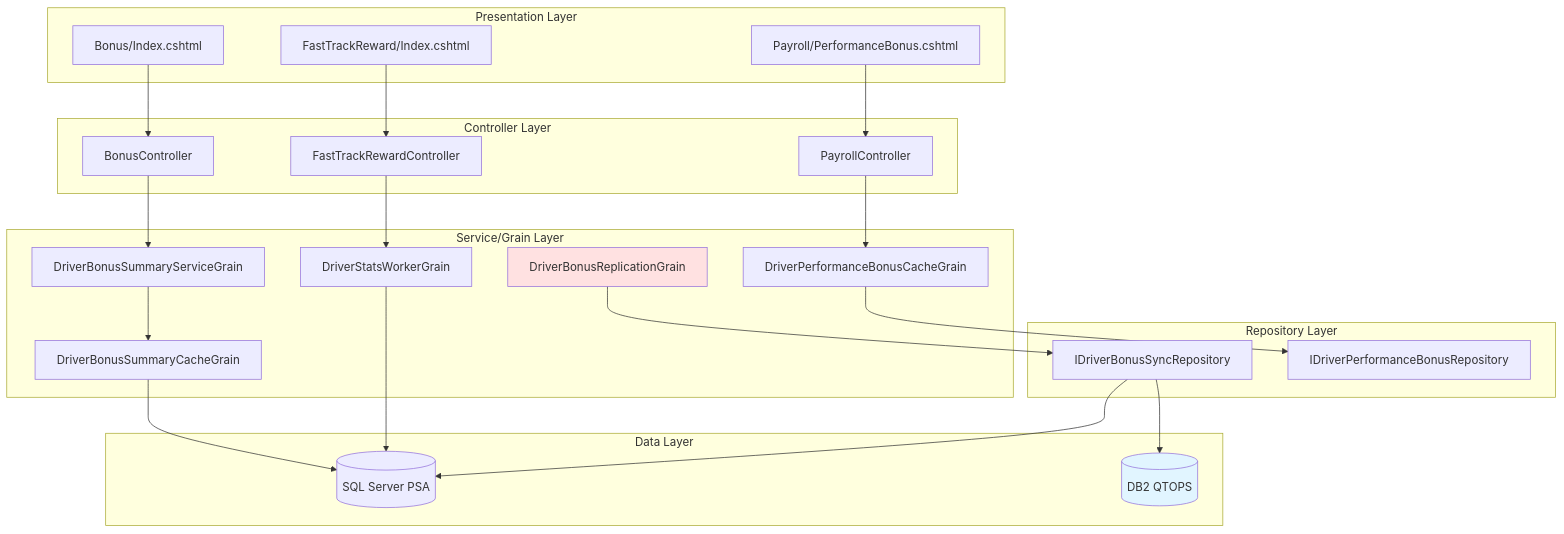
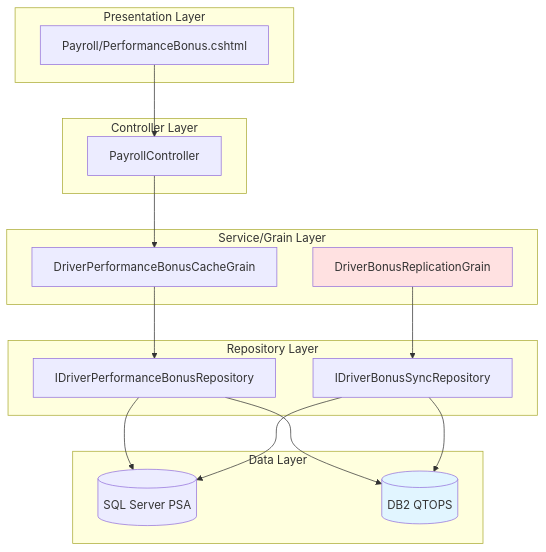
Before and after one commit to buddy-james/xm-docs: the first of 3 diagrams in features/bonus/engineering-deep-dive.md, drawn with Mermaid. The commit also changed other lines of this file and 1 other file, not shown here.

Commit message:
Remove deprecated TeamMAX and Fast Track features, focus on Performance Bonus (safety/fuel) system

````diff
--- a/features/bonus/engineering-deep-dive.md
+++ b/features/bonus/engineering-deep-dive.md
@@ -19,52 +19,38 @@
 ```mermaid
 graph TB
     subgraph "Presentation Layer"
-        V1[Bonus/Index.cshtml]
-        V2[FastTrackReward/Index.cshtml]
-        V3[Payroll/PerformanceBonus.cshtml]
+        V1[Payroll/PerformanceBonus.cshtml]
     end
     
     subgraph "Controller Layer"
-        C1[BonusController]
-        C2[FastTrackRewardController]
-        C3[PayrollController]
+        C1[PayrollController]
     end
     
     subgraph "Service/Grain Layer"
-        G1[DriverBonusSummaryServiceGrain]
-        G2[DriverBonusSummaryCacheGrain]
-        G3[DriverPerformanceBonusCacheGrain]
-        G4[DriverStatsWorkerGrain]
-        G5[DriverBonusReplicationGrain]
+        G1[DriverPerformanceBonusCacheGrain]
+        G2[DriverBonusReplicationGrain]
     end
     
     subgraph "Repository Layer"
         R1[IDriverBonusSyncRepository]
         R2[IDriverPerformanceBonusRepository]
     end
     
     subgraph "Data Layer"
         D1[(SQL Server PSA)]
         D2[(DB2 QTOPS)]
     end
     
     V1 --> C1
-    V2 --> C2
-    V3 --> C3
+    C1 --> G1
+    G1 --> R2
+    R2 --> D1
+    R2 --> D2
     
-    C1 --> G1
-    C2 --> G4
-    C3 --> G3
-    
-    G1 --> G2
-    G2 --> D1
-    G3 --> R2
-    G4 --> D1
-    
-    G5 --> R1
+    G2 --> R1
     R1 --> D1
     R1 --> D2
     
-    style G5 fill:#ffe1e1
+    style G2 fill:#ffe1e1
     style D2 fill:#e1f5ff
 ```
````
